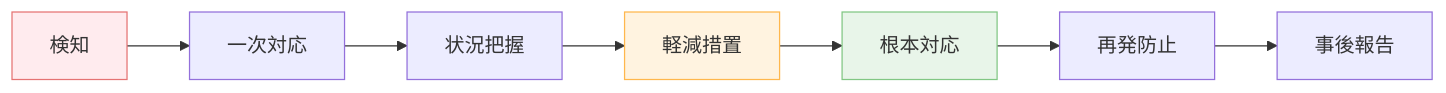
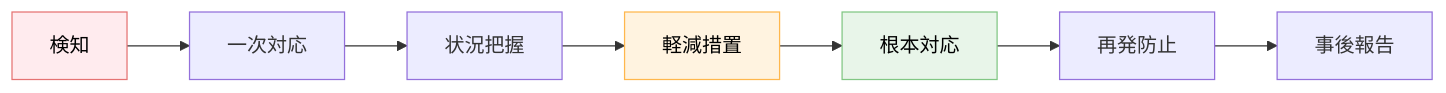
The second of 3 diagrams in docs/tech-notes/llm-アプリのインシデント対応.md (dinekt/dinekt-wiki), drawn with Mermaid before and after one commit. The commit also changed other lines of this file and 71 other files, not shown here.

First line of the commit message:
fix: mermaid readability + remove GitHub repo toolbar

````diff
--- a/docs/tech-notes/llm-アプリのインシデント対応.md
+++ b/docs/tech-notes/llm-アプリのインシデント対応.md
@@ -38,13 +38,13 @@
 ```mermaid
 flowchart LR
     D[検知] --> C[一次対応]
     C --> A[状況把握]
     A --> M[軽減措置]
     M --> E[根本対応]
     E --> R[再発防止]
     R --> P[事後報告]
 
-    style D fill:#ffebee,stroke:#e57373
-    style M fill:#fff3e0,stroke:#ffb74d
-    style E fill:#e8f5e9,stroke:#81c784
+    style D fill:#ffebee,stroke:#e57373,color:#000
+    style M fill:#fff3e0,stroke:#ffb74d,color:#000
+    style E fill:#e8f5e9,stroke:#81c784,color:#000
 ```
````
